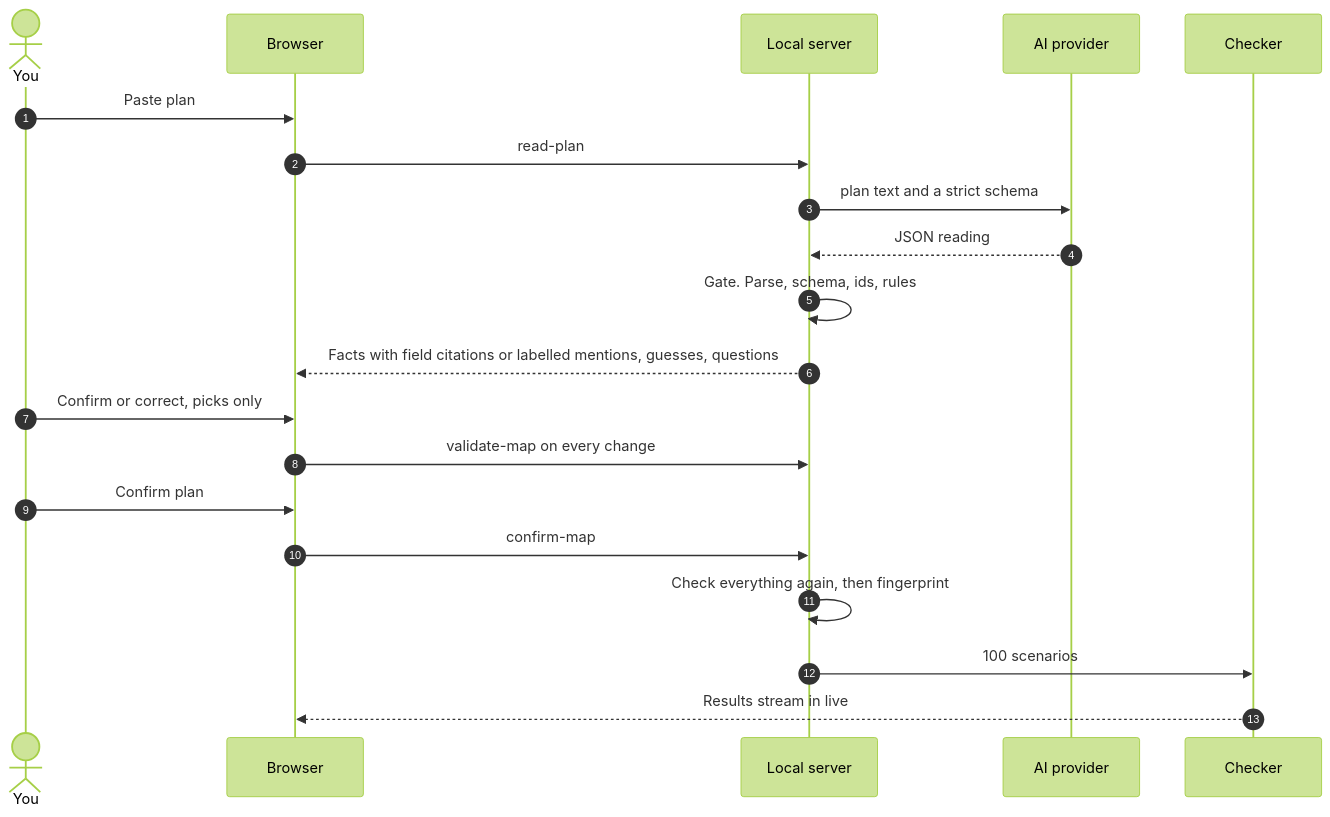
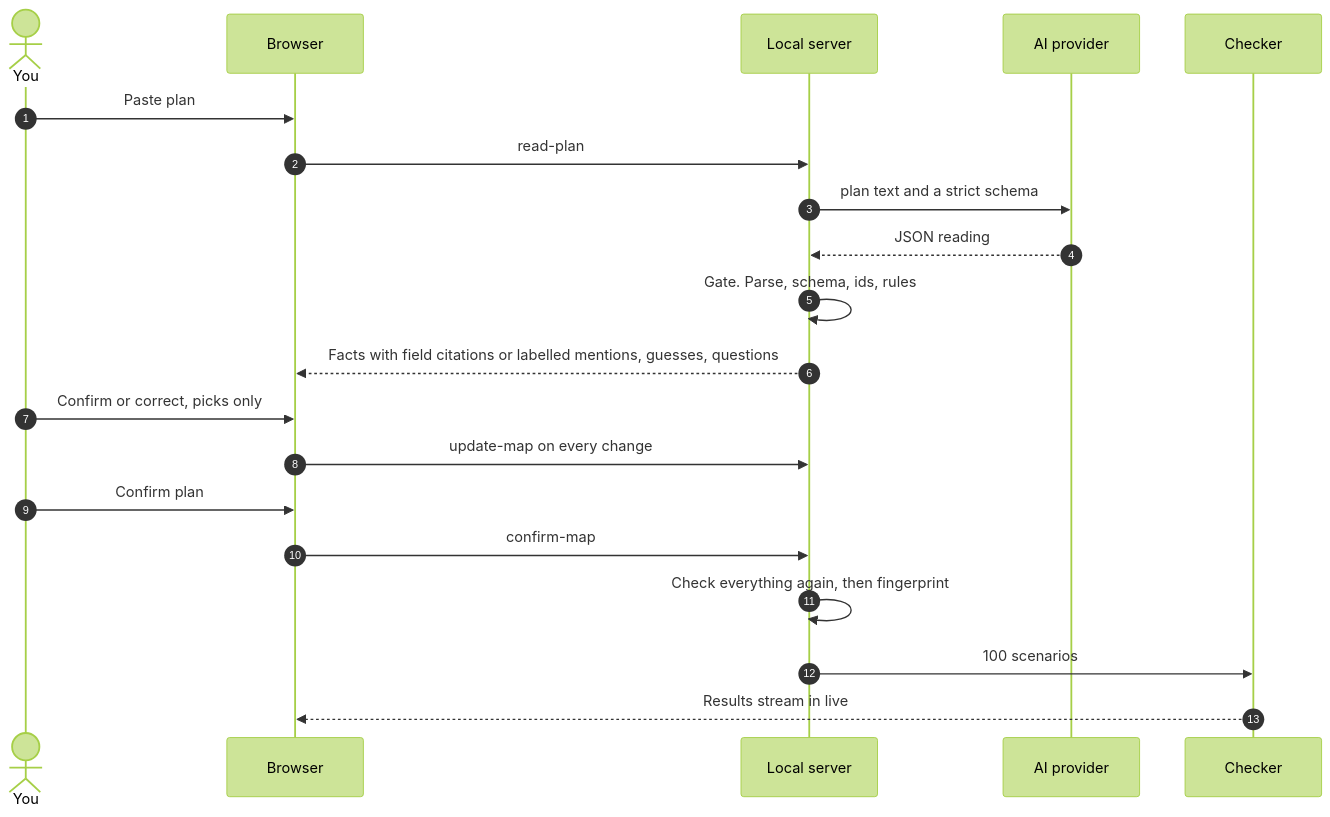
Before and after one commit to vighriday/failure-compiler: the fourth of 7 diagrams in README.md, drawn with Mermaid (forest theme). The commit also changed other lines of this file and 25 other files, not shown here.

````diff
--- a/README.md
+++ b/README.md
@@ -317,22 +311,22 @@
 ```mermaid
 sequenceDiagram
     autonumber
     actor You
     participant App as Browser
     participant S as Local server
     participant AI as AI provider
     participant K as Checker
     You->>App: Paste plan
     App->>S: read-plan
     S->>AI: plan text and a strict schema
     AI-->>S: JSON reading
     S->>S: Gate. Parse, schema, ids, rules
     S-->>App: Facts with field citations or labelled mentions, guesses, questions
     You->>App: Confirm or correct, picks only
-    App->>S: validate-map on every change
+    App->>S: update-map on every change
     You->>App: Confirm plan
     App->>S: confirm-map
     S->>S: Check everything again, then fingerprint
     S->>K: 100 scenarios
     K-->>App: Results stream in live
 ```
````
